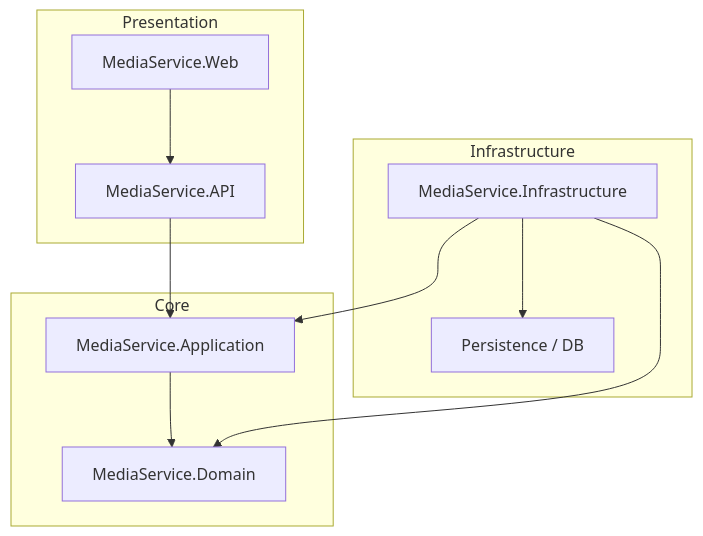
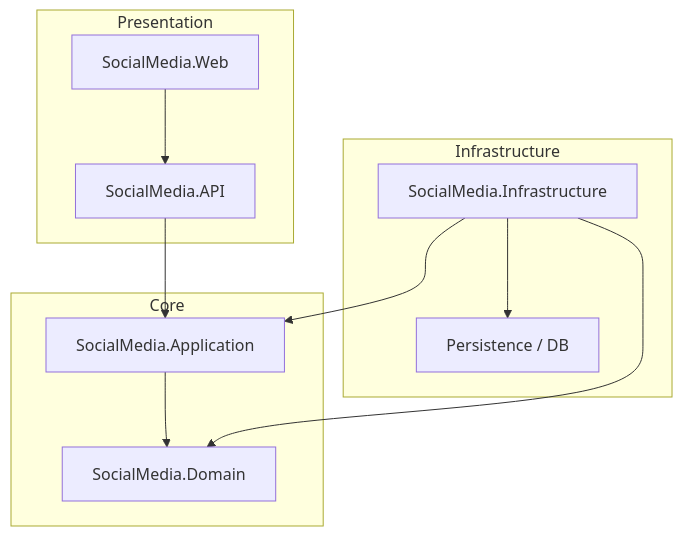
One commit to SitholeWB/social-media-api changed the diagram in README.md. Above: the diagram before and after it, drawn with Mermaid. The commit also changed other lines of this file and 1 other file, not shown here.

Commit message:
Update project name in README and add MIT License

````diff
--- a/README.md
+++ b/README.md
@@ -11,24 +11,24 @@
 ```mermaid
 graph TD
     subgraph Core
-        Domain[MediaService.Domain]
-        Application[MediaService.Application]
+        Domain[SocialMedia.Domain]
+        Application[SocialMedia.Application]
     end
 
     subgraph Infrastructure
-        Infra[MediaService.Infrastructure]
+        Infra[SocialMedia.Infrastructure]
         Persistence[Persistence / DB]
     end
 
     subgraph Presentation
-        API[MediaService.API]
-        Web[MediaService.Web]
+        API[SocialMedia.API]
+        Web[SocialMedia.Web]
     end
 
     API --> Application
     Web --> API
     Application --> Domain
     Infra --> Application
     Infra --> Domain
     Infra --> Persistence
 ```
````
